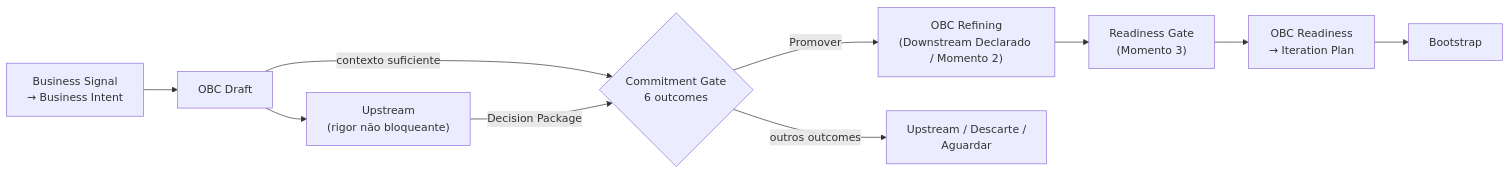
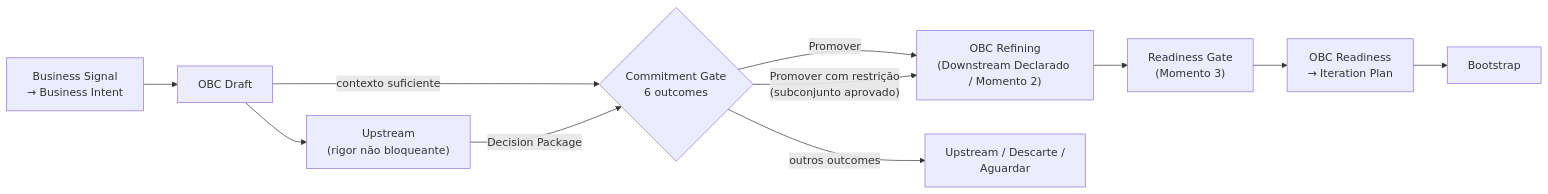
One commit to produtoreativo/from-intent-to-outcome changed the third of 4 diagrams in capitulo-03.md. Above: the diagram before and after it, drawn with Mermaid. The commit also changed other lines of this file and 3 other files, not shown here.

First line of the commit message:
fix(ciclo-13): Promover com restrição reconhecido como entrada Downstream em todos os pontos canônicos

````diff
--- a/capitulo-03.md
+++ b/capitulo-03.md
@@ -210,12 +210,13 @@
 ```mermaid
 graph LR
     BS["Business Signal\n→ Business Intent"] --> A["OBC Draft"]
     A --> UP["Upstream\n(rigor não bloqueante)"]
     A -->|"contexto suficiente"| CG{"Commitment Gate\n6 outcomes"}
     UP -->|"Decision Package"| CG
     CG -->|"Promover"| C["OBC Refining\n(Downstream Declarado / Momento 2)"]
+    CG -->|"Promover com restrição\n(subconjunto aprovado)"| C
     CG -->|"outros outcomes"| X["Upstream / Descarte /\nAguardar"]
     C --> D["Readiness Gate\n(Momento 3)"]
     D --> E["OBC Readiness\n→ Iteration Plan"]
     E --> F["Bootstrap"]
 ```
````
